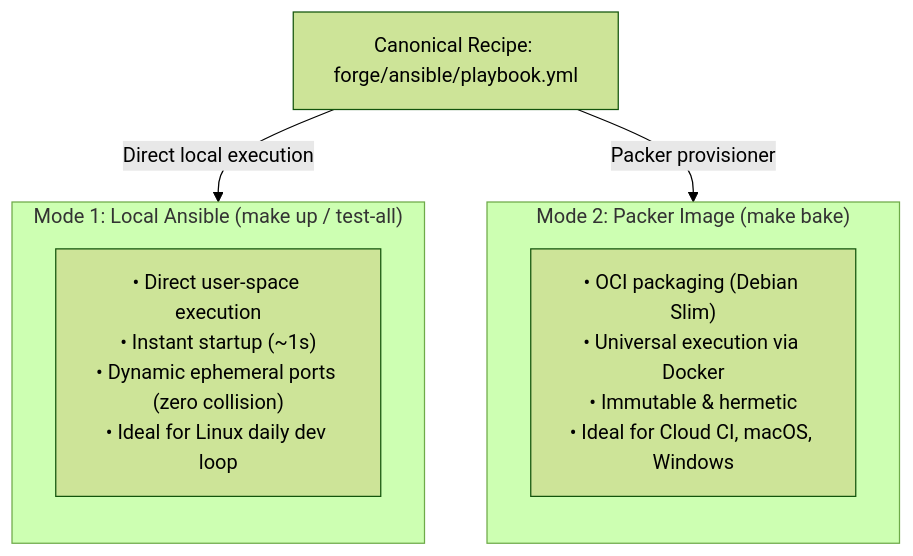
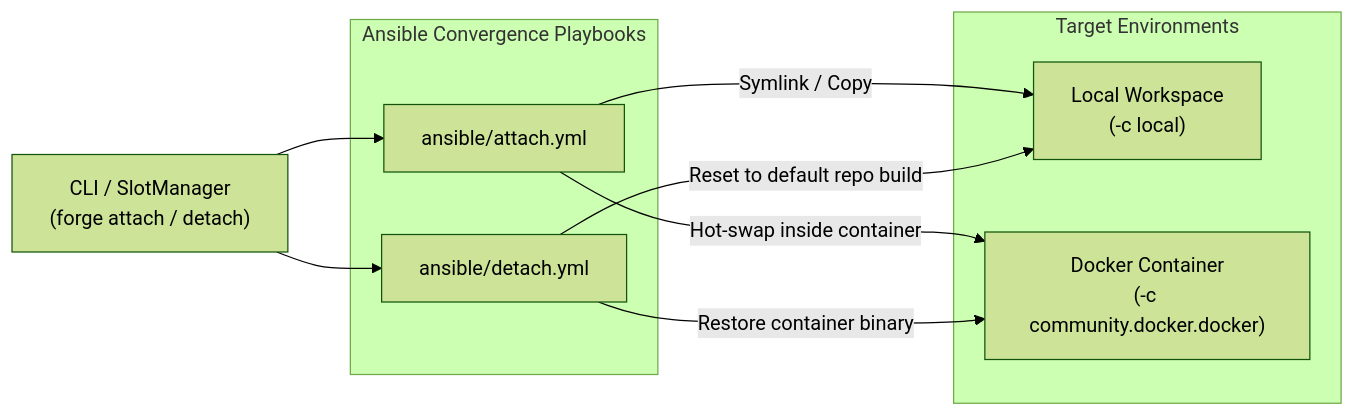
Before and after one commit to gpineda-dev/check_snclient: the second of 2 diagrams in forge/README.md, drawn with Mermaid (forest theme). The commit also changed other lines of this file and 15 other files, not shown here.

First line of the commit message:
refactor(forge): overhaul architecture with OOP appliance composition, ansible mutations, and target lock

````diff
--- a/forge/README.md
+++ b/forge/README.md
@@ -102,17 +170,20 @@
 ```mermaid
-flowchart TD
-    Recipe["Canonical Recipe: forge/ansible/playbook.yml"]
+flowchart LR
+    Caller["CLI / SlotManager\n(forge attach / detach)"]
 
-    Recipe -->|Direct local execution| M1
-    Recipe -->|Packer provisioner| M2
-
-    subgraph M1["Mode 1: Local Ansible (make up / test-all)"]
-        direction TB
-        M1_Details["• Direct user-space execution\n• Instant startup (~1s)\n• Dynamic ephemeral ports (zero collision)\n• Ideal for Linux daily dev loop"]
+    subgraph AnsibleEngine["Ansible Convergence Playbooks"]
+        Attach["ansible/attach.yml"]
+        Detach["ansible/detach.yml"]
     end
 
-    subgraph M2["Mode 2: Packer Image (make bake)"]
-        direction TB
-        M2_Details["• OCI packaging (Debian Slim)\n• Universal execution via Docker\n• Immutable & hermetic\n• Ideal for Cloud CI, macOS, Windows"]
+    subgraph Targets["Target Environments"]
+        LocalHost["Local Workspace\n(-c local)"]
+        DockerCont["Docker Container\n(-c community.docker.docker)"]
     end
+
+    Caller --> Attach & Detach
+    Attach -->|Symlink / Copy| LocalHost
+    Attach -->|Hot-swap inside container| DockerCont
+    Detach -->|Reset to default repo build| LocalHost
+    Detach -->|Restore container binary| DockerCont
 ```
````
